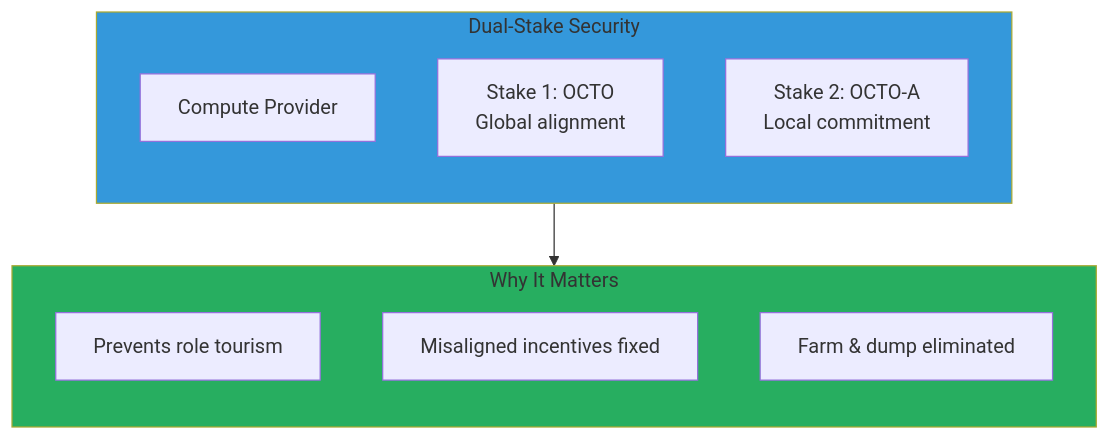
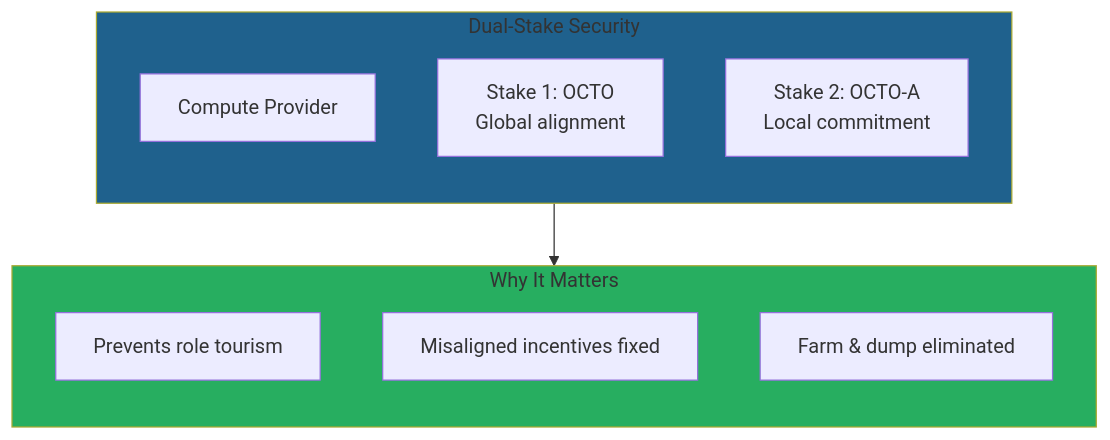
The fourth of 9 diagrams in docs/01-foundation/litepaper.md (CipherOcto/cipherocto), drawn with Mermaid before and after one commit. The commit also changed other lines of this file and 13 other files, not shown here.

First line of the commit message:
Improve Mermaid diagram accessibility: Fix color contrast

````diff
--- a/docs/01-foundation/litepaper.md
+++ b/docs/01-foundation/litepaper.md
@@ -169,21 +169,21 @@
 ```mermaid
 graph TB
     subgraph DUAL_STAKE["Dual-Stake Security"]
         direction TB
         S1[Compute Provider]
         S2[Stake 1: OCTO<br/>Global alignment]
         S3[Stake 2: OCTO-A<br/>Local commitment]
     end
 
     subgraph BENEFITS["Why It Matters"]
         direction TB
         B1[Prevents role tourism]
         B2[Misaligned incentives fixed]
         B3[Farm & dump eliminated]
     end
 
     DUAL_STAKE --> BENEFITS
 
-    style DUAL_STAKE fill:#3498db
+    style DUAL_STAKE fill:#1f618d
     style BENEFITS fill:#27ae60
 ```
````
